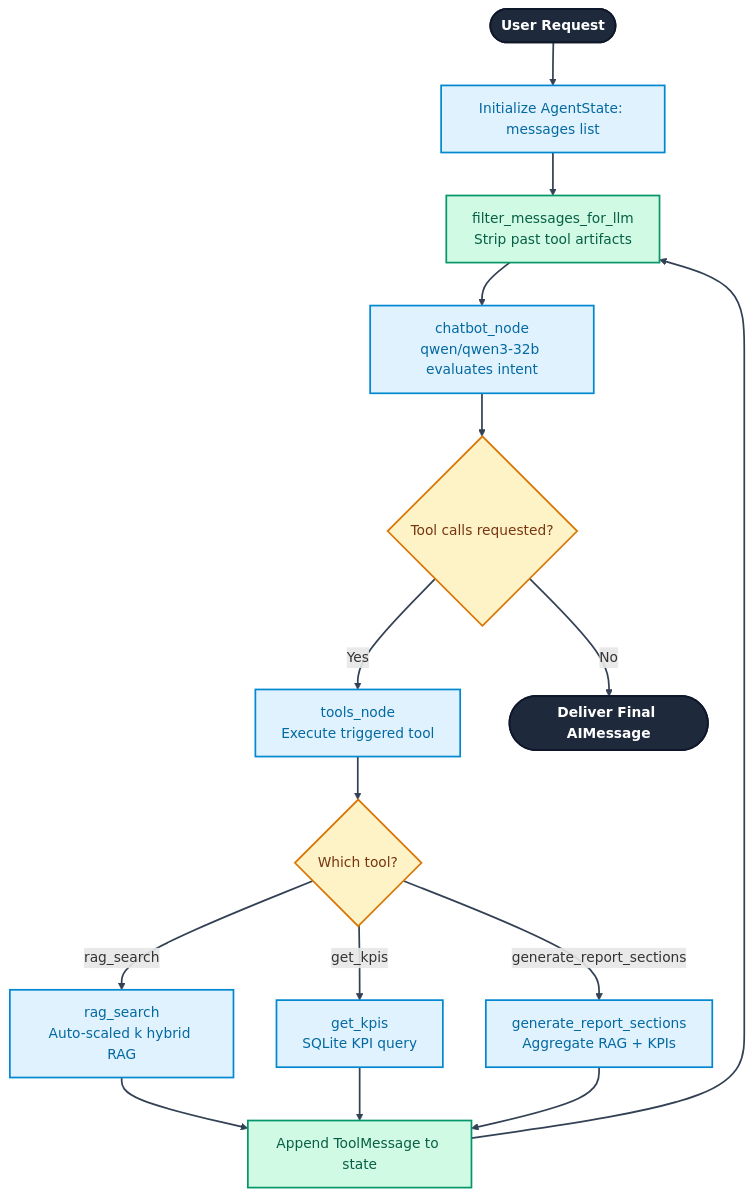
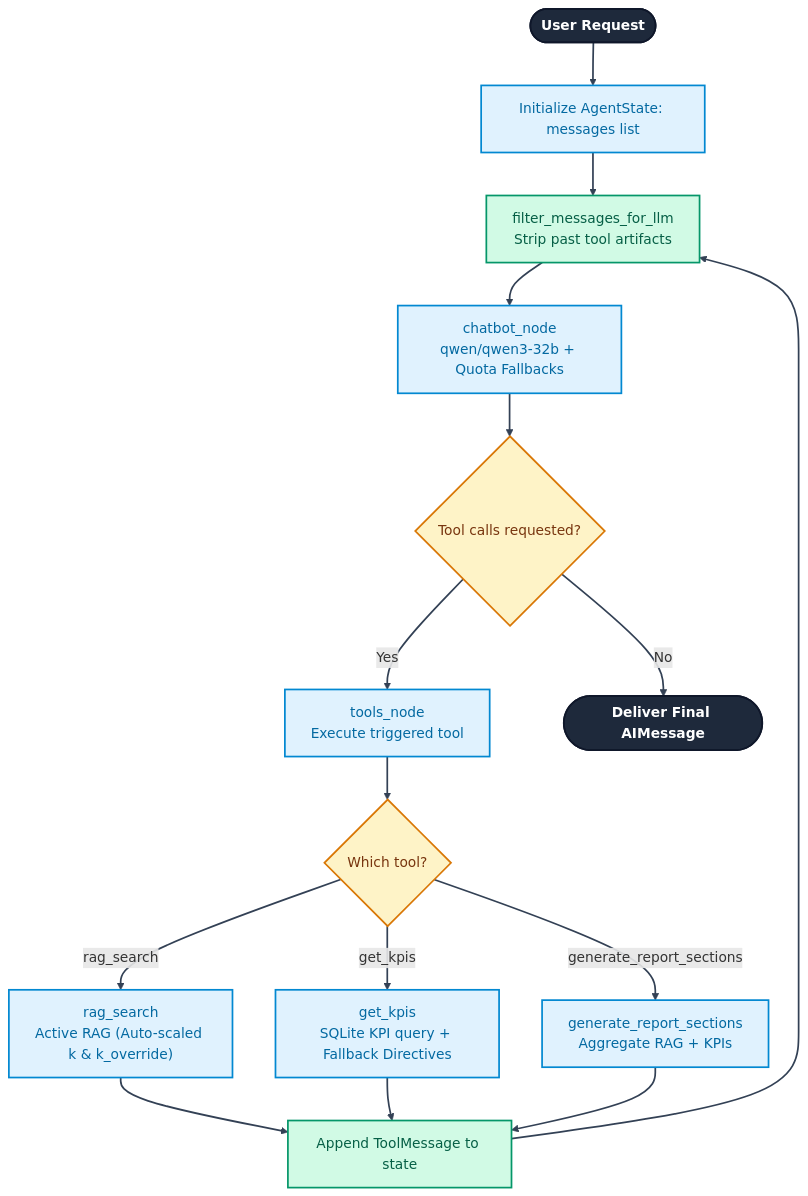
Before and after one commit to VedantKarne/AURA-Financial-Intelligence: the diagram in docs/agent_orchestration.md, drawn with Mermaid. The commit also changed 1 other file, not shown here.

Commit message:
docs: Update mermaid diagrams for Active RAG and Loophole Fixes

````diff
--- a/docs/agent_orchestration.md
+++ b/docs/agent_orchestration.md
@@ -28,35 +28,35 @@
 ```mermaid
 flowchart TD
     classDef start_end fill:#1e293b,stroke:#0f172a,stroke-width:2px,color:#ffffff,font-weight:bold
     classDef process fill:#e0f2fe,stroke:#0288d1,stroke-width:2px,color:#0369a1
     classDef decision fill:#fef3c7,stroke:#d97706,stroke-width:2px,color:#78350f
     classDef storage fill:#d1fae5,stroke:#059669,stroke-width:2px,color:#065f46
 
     Start(["User Request"]) --> InitState["Initialize AgentState: messages list"]
     InitState --> Filter["filter_messages_for_llm<br/>Strip past tool artifacts"]
-    Filter --> Chatbot["chatbot_node<br/>qwen/qwen3-32b evaluates intent"]
+    Filter --> Chatbot["chatbot_node<br/>qwen/qwen3-32b + Quota Fallbacks"]
 
     Chatbot --> RouteCheck{"Tool calls requested?"}
 
     RouteCheck -->|Yes| ToolNode["tools_node<br/>Execute triggered tool"]
     RouteCheck -->|No| End(["Deliver Final AIMessage"])
 
     ToolNode --> ToolBranch{"Which tool?"}
 
-    ToolBranch -->|rag_search| RAGTool["rag_search<br/>Auto-scaled k hybrid RAG"]
-    ToolBranch -->|get_kpis| SQLTool["get_kpis<br/>SQLite KPI query"]
+    ToolBranch -->|rag_search| RAGTool["rag_search<br/>Active RAG (Auto-scaled k & k_override)"]
+    ToolBranch -->|get_kpis| SQLTool["get_kpis<br/>SQLite KPI query + Fallback Directives"]
     ToolBranch -->|generate_report_sections| BriefTool["generate_report_sections<br/>Aggregate RAG + KPIs"]
 
     RAGTool --> AppendState["Append ToolMessage to state"]
     SQLTool --> AppendState
     BriefTool --> AppendState
 
     AppendState --> Filter
 
     class Start,End start_end
     class InitState,ToolNode process
     class Chatbot,RAGTool,SQLTool,BriefTool process
     class RouteCheck,ToolBranch decision
     class AppendState,Filter storage
     linkStyle default stroke:#334155,stroke-width:2px
 ```
````
